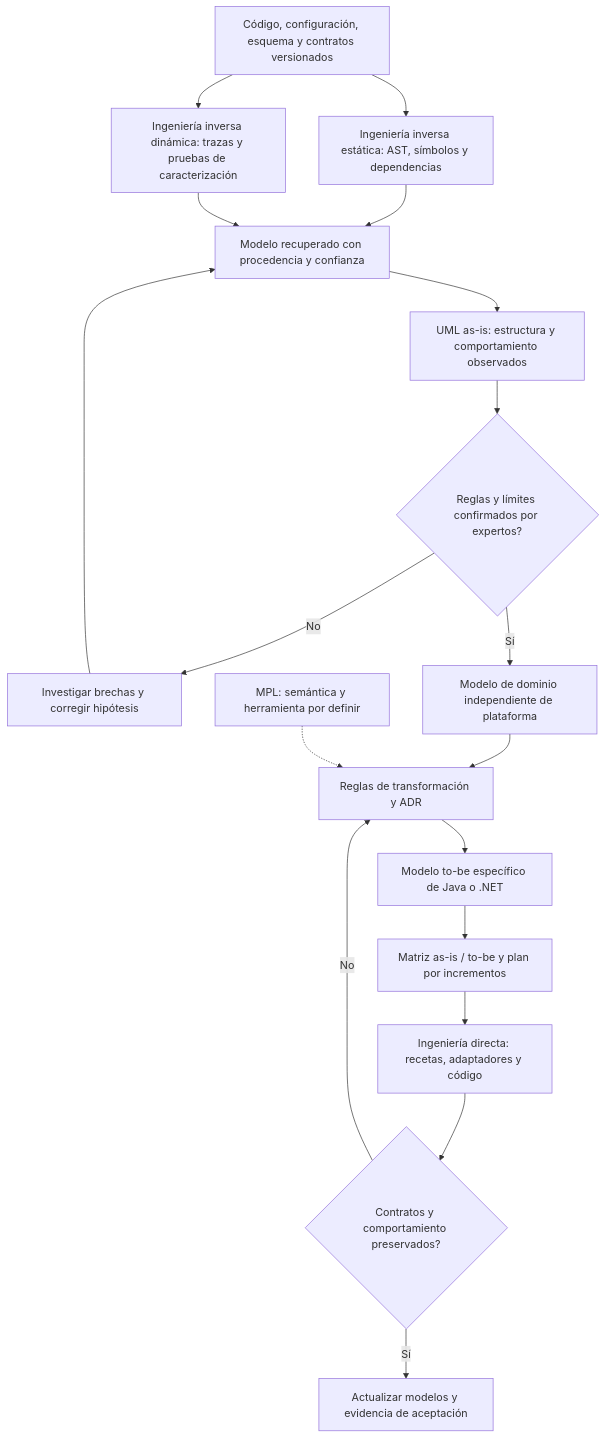
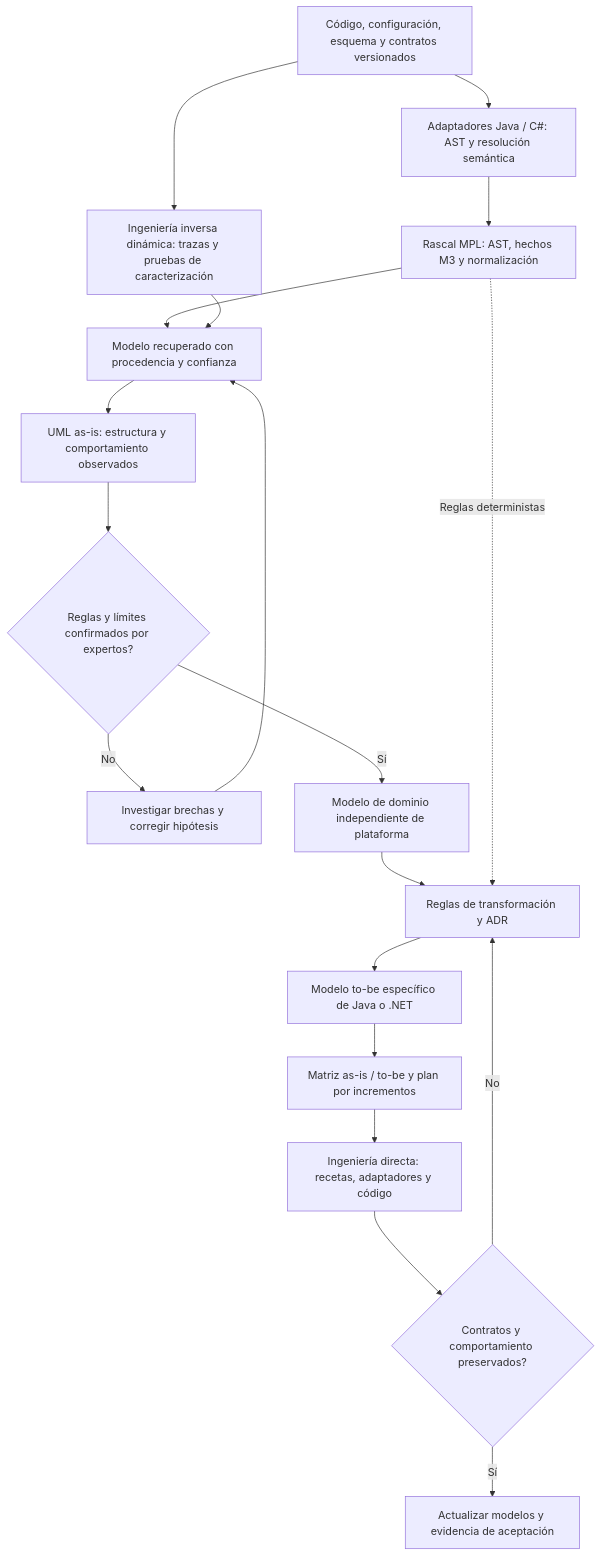
One commit to sdk2035/jfxlegacy2modern changed the fifth of 8 diagrams in docs/enterprise-ai-reference.md. Above: the diagram before and after it, drawn with Mermaid. The commit also changed other lines of this file and 1 other file, not shown here.

Commit message:
docs: define Rascal MPL AST and semantic normalization for UML transition

````diff
--- a/docs/enterprise-ai-reference.md
+++ b/docs/enterprise-ai-reference.md
@@ -201,20 +203,21 @@
 ```mermaid
 flowchart TB
-    source["Código, configuración, esquema y contratos versionados"] --> static["Ingeniería inversa estática: AST, símbolos y dependencias"]
+    source["Código, configuración, esquema y contratos versionados"] --> static["Adaptadores Java / C#: AST y resolución semántica"]
     source --> dynamic["Ingeniería inversa dinámica: trazas y pruebas de caracterización"]
-    static --> evidence["Modelo recuperado con procedencia y confianza"]
+    static --> mpl["Rascal MPL: AST, hechos M3 y normalización"]
+    mpl --> evidence["Modelo recuperado con procedencia y confianza"]
     dynamic --> evidence
     evidence --> asis["UML as-is: estructura y comportamiento observados"]
     asis --> review{"Reglas y límites confirmados por expertos?"}
     review -->|No| gap["Investigar brechas y corregir hipótesis"]
     gap --> evidence
     review -->|Sí| pim["Modelo de dominio independiente de plataforma"]
     pim --> mapping["Reglas de transformación y ADR"]
     mapping --> psm["Modelo to-be específico de Java o .NET"]
-    mpl["MPL: semántica y herramienta por definir"] -.-> mapping
+    mpl -.->|Reglas deterministas| mapping
     psm --> delta["Matriz as-is / to-be y plan por incrementos"]
     delta --> code["Ingeniería directa: recetas, adaptadores y código"]
     code --> validation{"Contratos y comportamiento preservados?"}
     validation -->|No| mapping
     validation -->|Sí| sync["Actualizar modelos y evidencia de aceptación"]
 ```
````
